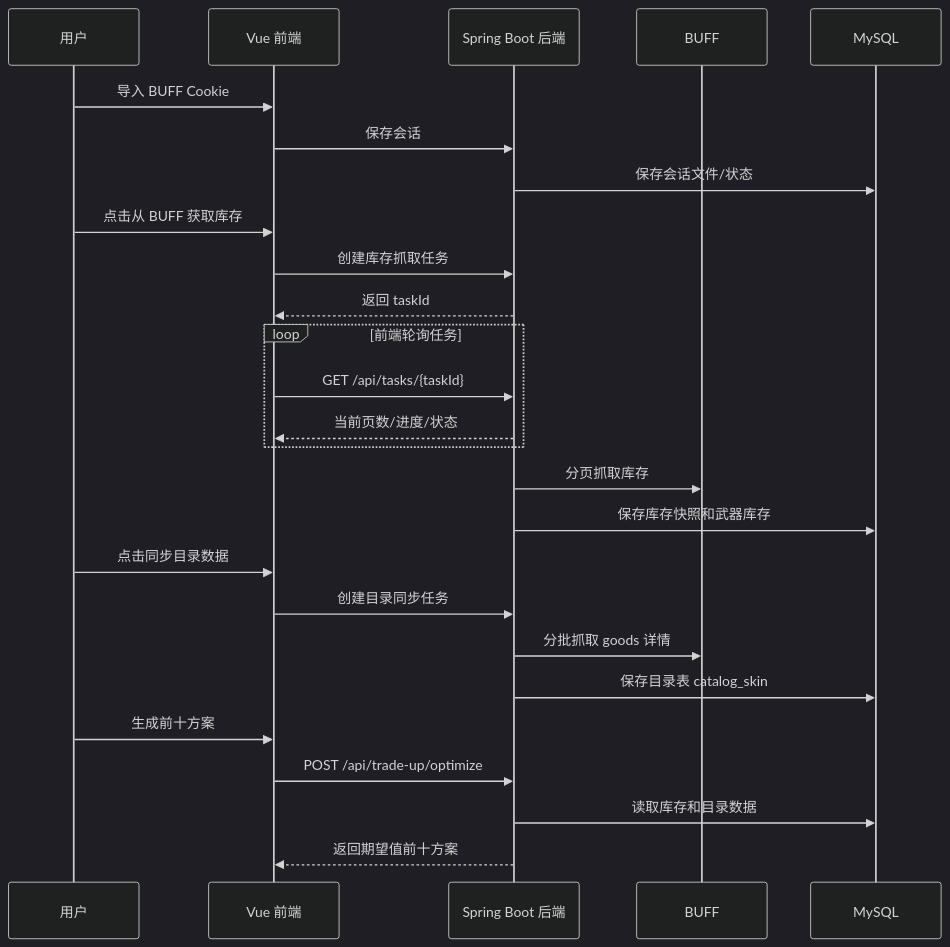
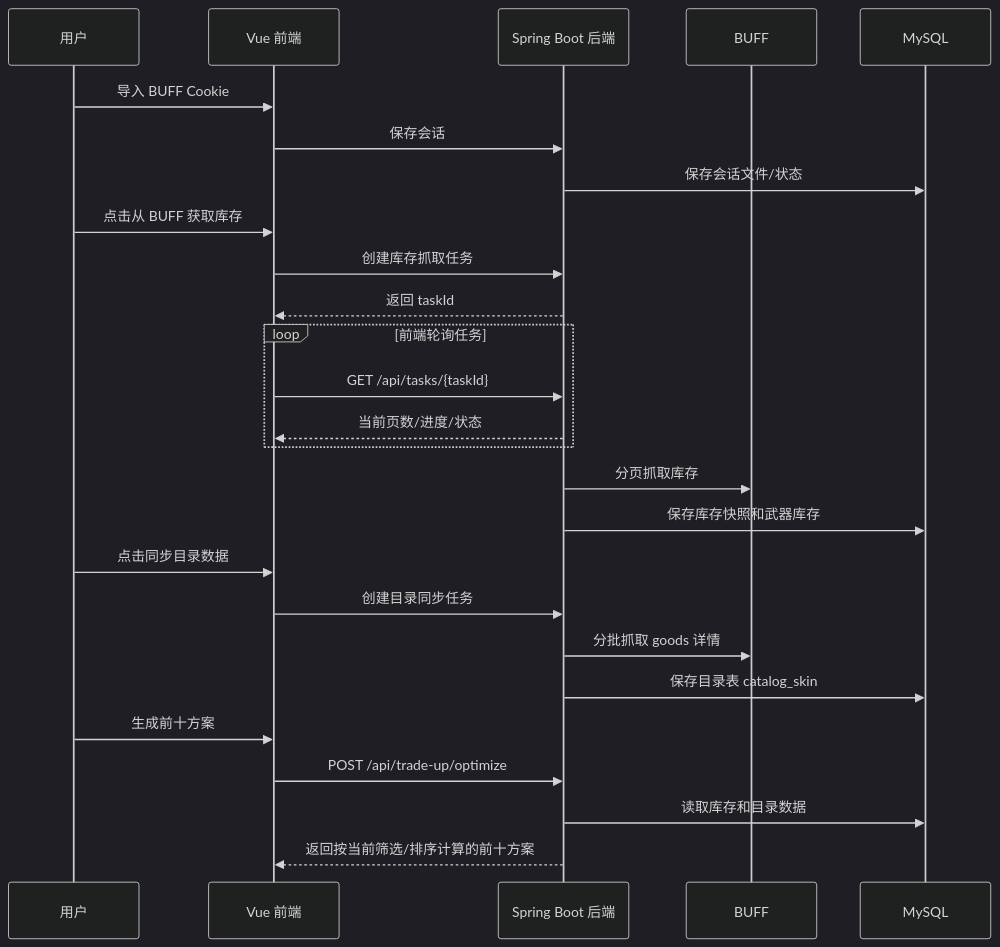
The first of 4 diagrams in docs/usage-guide.md (qyaaaa/cs-taihuan), drawn with Mermaid (dark theme) before and after one commit. The commit also changed other lines of this file and 9 other files, not shown here.

````diff
--- a/docs/usage-guide.md
+++ b/docs/usage-guide.md
@@ -7,32 +7,32 @@
 ```mermaid
 sequenceDiagram
     participant User as 用户
     participant FE as Vue 前端
     participant API as Spring Boot 后端
     participant BUFF as BUFF
     participant DB as MySQL
 
     User->>FE: 导入 BUFF Cookie
     FE->>API: 保存会话
     API->>DB: 保存会话文件/状态
 
     User->>FE: 点击从 BUFF 获取库存
     FE->>API: 创建库存抓取任务
     API-->>FE: 返回 taskId
     loop 前端轮询任务
         FE->>API: GET /api/tasks/{taskId}
         API-->>FE: 当前页数/进度/状态
     end
     API->>BUFF: 分页抓取库存
     API->>DB: 保存库存快照和武器库存
 
     User->>FE: 点击同步目录数据
     FE->>API: 创建目录同步任务
     API->>BUFF: 分批抓取 goods 详情
     API->>DB: 保存目录表 catalog_skin
 
     User->>FE: 生成前十方案
     FE->>API: POST /api/trade-up/optimize
     API->>DB: 读取库存和目录数据
-    API-->>FE: 返回期望值前十方案
+    API-->>FE: 返回按当前筛选/排序计算的前十方案
 ```
````
